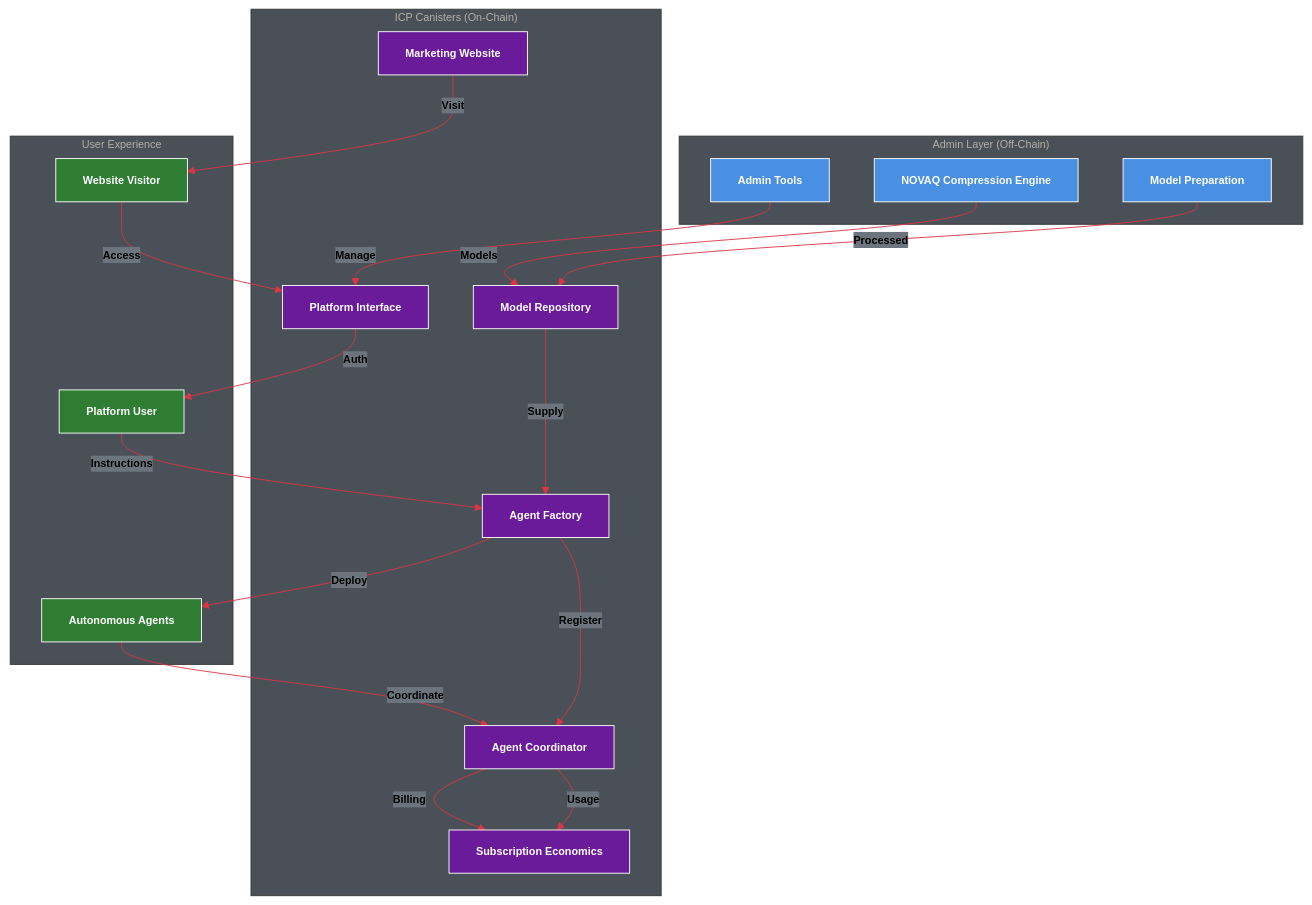
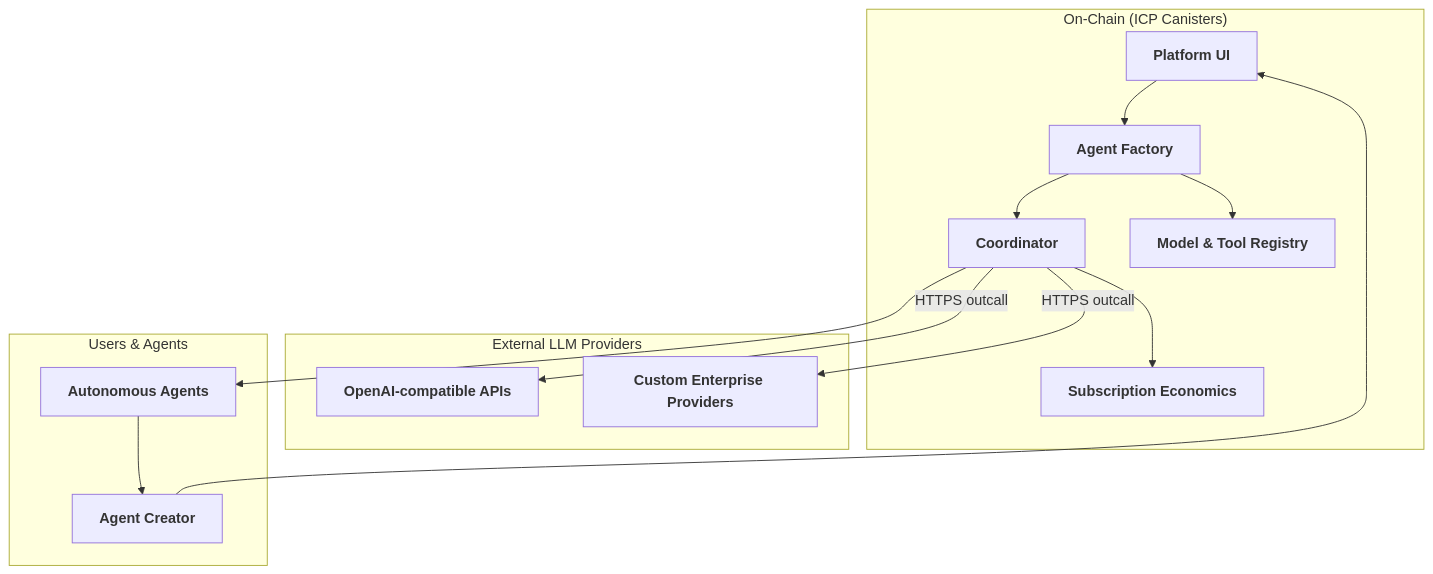
The first of 2 diagrams in README.md (OHMS-DeAI/ohms-2.0), drawn with Mermaid before and after one commit. The commit also changed other lines of this file and 21 other files, not shown here.

First line of the commit message:
feat: Add FAQ page and update features with new LLM outcall capabilities

````diff
--- a/README.md
+++ b/README.md
@@ -22,49 +19,30 @@
 ```mermaid
-%%{init: {'theme': 'base', 'themeVariables': {'primaryColor': '#f8f9fa', 'primaryTextColor': '#000000', 'primaryBorderColor': '#ffffff', 'lineColor': '#dc3545', 'lineWidth': '4px', 'sectionBkgColor': '#f8f9fa', 'altSectionBkgColor': '#e9ecef', 'secondaryColor': '#6c757d', 'tertiaryColor': '#495057', 'fontFamily': 'Arial', 'fontSize': '12px', 'fontWeight': 'bold'}}}%%
-graph TB
-    subgraph "Admin Layer (Off-Chain)"
-        NOVAQ["<b>NOVAQ Compression Engine</b>"]
-        ModelPrep["<b>Model Preparation</b>"]
-        AdminTools["<b>Admin Tools</b>"]
-    end
-
-    subgraph "ICP Canisters (On-Chain)"
-        Website["<b>Marketing Website</b>"]
-        UI["<b>Platform Interface</b>"]
-        ModelRepo["<b>Model Repository</b>"]
+graph TD
+    subgraph "On-Chain (ICP Canisters)"
+        UI["<b>Platform UI</b>"]
         AgentFactory["<b>Agent Factory</b>"]
-        Coordinator["<b>Agent Coordinator</b>"]
+        Coordinator["<b>Coordinator</b>"]
+        Registry["<b>Model & Tool Registry</b>"]
         Economics["<b>Subscription Economics</b>"]
     end
 
-    subgraph "User Experience"
-        Visitor["<b>Website Visitor</b>"]
-        User["<b>Platform User</b>"]
+    subgraph "External LLM Providers"
+        ProviderA["<b>OpenAI-compatible APIs</b>"]
+        ProviderB["<b>Custom Enterprise Providers</b>"]
+    end
+
+    subgraph "Users & Agents"
+        Creator["<b>Agent Creator</b>"]
         Agents["<b>Autonomous Agents</b>"]
     end
 
-    NOVAQ -->|"<b>Models</b>"| ModelRepo
-    ModelPrep -->|"<b>Processed</b>"| ModelRepo
-    AdminTools -->|"<b>Manage</b>"| UI
-
-    Website -->|"<b>Visit</b>"| Visitor
-    Visitor -->|"<b>Access</b>"| UI
-    UI -->|"<b>Auth</b>"| User
-    User -->|"<b>Instructions</b>"| AgentFactory
-    AgentFactory -->|"<b>Deploy</b>"| Agents
-    Agents -->|"<b>Coordinate</b>"| Coordinator
-    Coordinator -->|"<b>Billing</b>"| Economics
-
-    ModelRepo -->|"<b>Supply</b>"| AgentFactory
-    AgentFactory -->|"<b>Register</b>"| Coordinator
-    Coordinator -->|"<b>Usage</b>"| Economics
-
-    classDef default fill:#f8f9fa,stroke:#ffffff,stroke-width:1px,color:#000000,font-weight:bold
-    classDef adminLayer fill:#4a90e2,stroke:#ffffff,stroke-width:1px,color:#ffffff,font-weight:bold
-    classDef icpLayer fill:#6a1b9a,stroke:#ffffff,stroke-width:1px,color:#ffffff,font-weight:bold
-    classDef userLayer fill:#2e7d32,stroke:#ffffff,stroke-width:1px,color:#ffffff,font-weight:bold
-    
-    class NOVAQ,ModelPrep,AdminTools adminLayer
-    class Website,UI,ModelRepo,AgentFactory,Coordinator,Economics icpLayer
-    class Visitor,User,Agents userLayer
+    Creator --> UI
+    UI --> AgentFactory
+    AgentFactory --> Coordinator
+    AgentFactory --> Registry
+    Coordinator --> Agents
+    Agents --> Creator
+    Coordinator --> Economics
+    Coordinator -->|"HTTPS outcall"| ProviderA
+    Coordinator -->|"HTTPS outcall"| ProviderB
 ```
````
